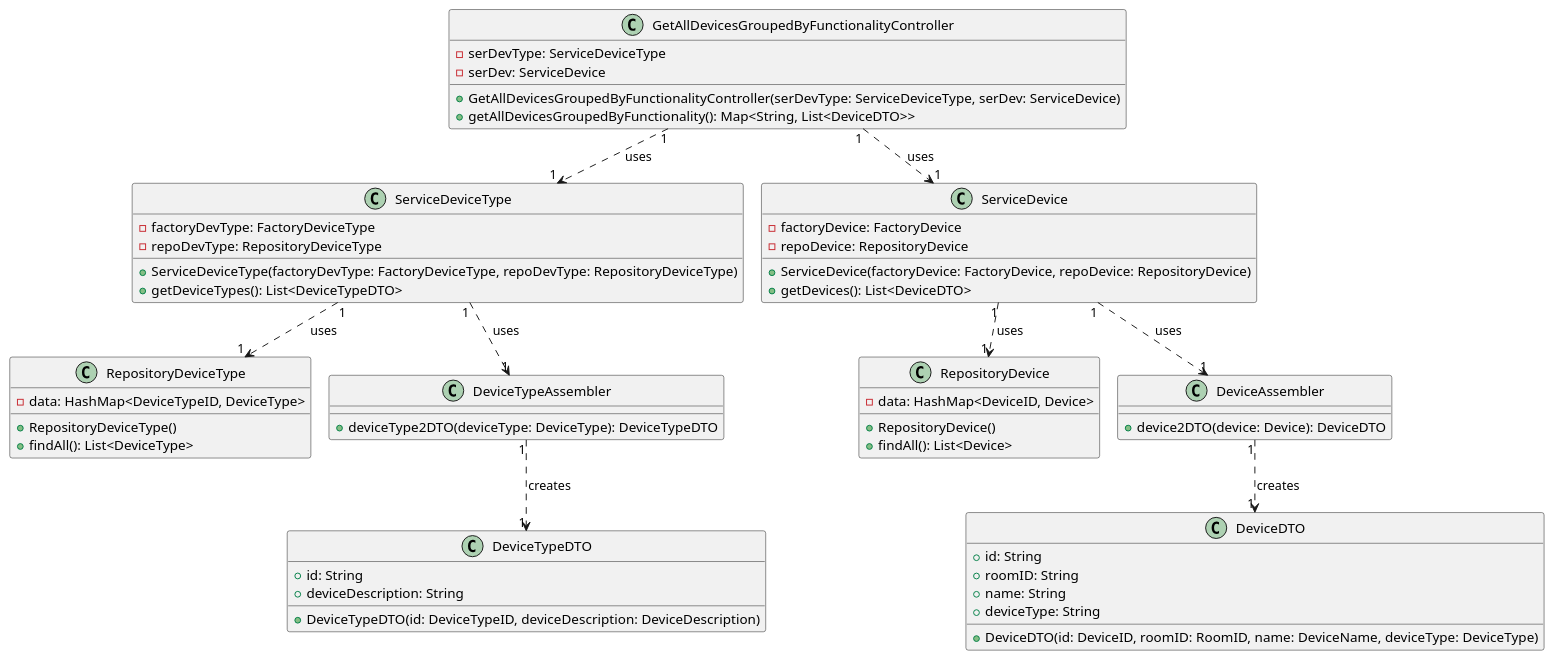
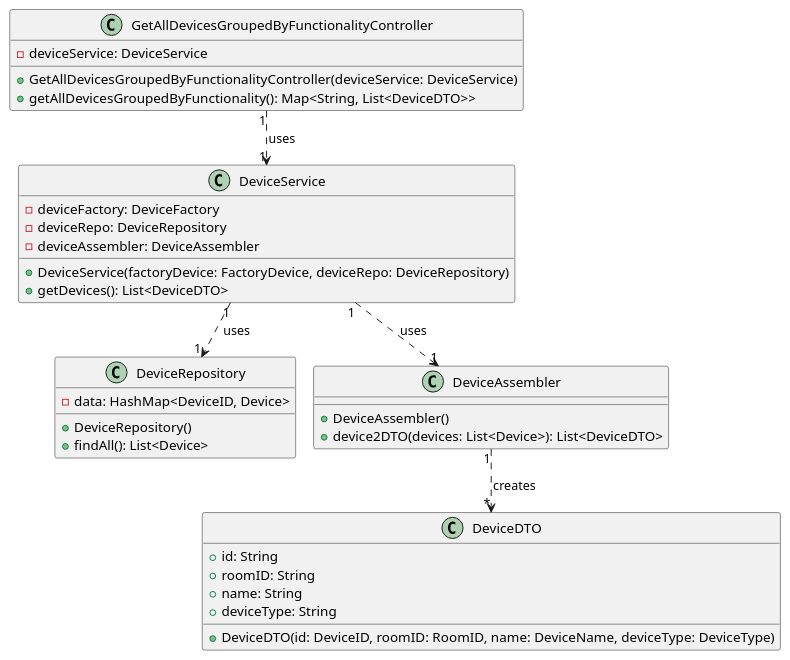
Before and after one commit to olivDiogo/SmartHome: the diagram in docs/ood/classDiagram/US09GetAllDevicesGroupedByFunctionality.puml, drawn with PlantUML.

Commit message:
#104 [UPDATE]: Updated class diagram for US09 - removed classes related to DeviceType

```diff
--- a/docs/ood/classDiagram/US09GetAllDevicesGroupedByFunctionality.puml
+++ b/docs/ood/classDiagram/US09GetAllDevicesGroupedByFunctionality.puml
@@ -1,71 +1,44 @@
 @startuml
 'https://plantuml.com/class-diagram
 !pragma layout smetana
 
 class GetAllDevicesGroupedByFunctionalityController {
-    -serDevType: ServiceDeviceType
-    -serDev: ServiceDevice
+    -deviceService: DeviceService
 
-    +GetAllDevicesGroupedByFunctionalityController(serDevType: ServiceDeviceType, serDev: ServiceDevice)
+    +GetAllDevicesGroupedByFunctionalityController(deviceService: DeviceService)
     +getAllDevicesGroupedByFunctionality(): Map<String, List<DeviceDTO>>
 
 }
 
-class ServiceDeviceType {
-    -factoryDevType: FactoryDeviceType
-    -repoDevType: RepositoryDeviceType
-    +ServiceDeviceType(factoryDevType: FactoryDeviceType, repoDevType: RepositoryDeviceType)
-    +getDeviceTypes(): List<DeviceTypeDTO>
-}
-
-class ServiceDevice {
-    -factoryDevice: FactoryDevice
-    -repoDevice: RepositoryDevice
-    +ServiceDevice(factoryDevice: FactoryDevice, repoDevice: RepositoryDevice)
+class DeviceService {
+    -deviceFactory: DeviceFactory
+    -deviceRepo: DeviceRepository
+    -deviceAssembler: DeviceAssembler
+    +DeviceService(factoryDevice: FactoryDevice, deviceRepo: DeviceRepository)
     +getDevices(): List<DeviceDTO>
 }
 
-class RepositoryDeviceType {
-    -data: HashMap<DeviceTypeID, DeviceType>
-    +RepositoryDeviceType()
-    +findAll(): List<DeviceType>
-}
-
-class RepositoryDevice {
+class DeviceRepository {
     -data: HashMap<DeviceID, Device>
-    +RepositoryDevice()
+    +DeviceRepository()
     +findAll(): List<Device>
 }
 
-class DeviceTypeAssembler {
-    +deviceType2DTO(deviceType: DeviceType): DeviceTypeDTO
-}
-
 class DeviceAssembler {
-    +device2DTO(device: Device): DeviceDTO
-}
-
-class DeviceTypeDTO {
-    +id: String
-    +deviceDescription: String
-    +DeviceTypeDTO(id: DeviceTypeID, deviceDescription: DeviceDescription)
+    +DeviceAssembler()
+    +device2DTO(devices: List<Device>): List<DeviceDTO>
 }
 
 class DeviceDTO {
     +id: String
     +roomID: String
     +name: String
     +deviceType: String
     +DeviceDTO(id: DeviceID, roomID: RoomID, name: DeviceName, deviceType: DeviceType)
 }
 
-GetAllDevicesGroupedByFunctionalityController "1" ..> "1" ServiceDeviceType: uses
-ServiceDeviceType "1" ..> "1" RepositoryDeviceType: uses
-ServiceDeviceType "1" ..> "1" DeviceTypeAssembler: uses
-DeviceTypeAssembler "1" ..> "1" DeviceTypeDTO: creates
-
-GetAllDevicesGroupedByFunctionalityController "1" ..> "1" ServiceDevice: uses
-ServiceDevice "1" ..> "1" RepositoryDevice: uses
-ServiceDevice "1" ..> "1" DeviceAssembler: uses
-DeviceAssembler "1" ..> "1" DeviceDTO: creates
+GetAllDevicesGroupedByFunctionalityController "1" ..> "1" DeviceService: uses
+DeviceService "1" ..> "1" DeviceRepository: uses
+DeviceService "1" ..> "1" DeviceAssembler: uses
+DeviceAssembler "1" ..> "*" DeviceDTO: creates
 @enduml
```
